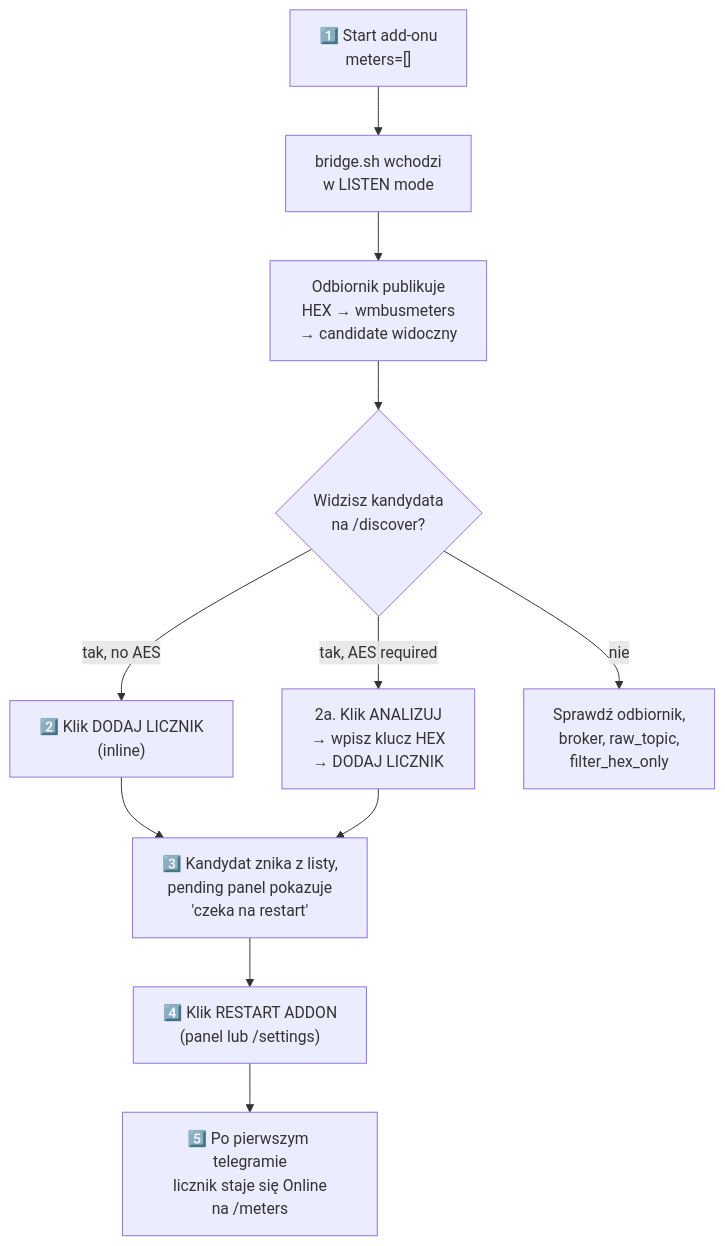
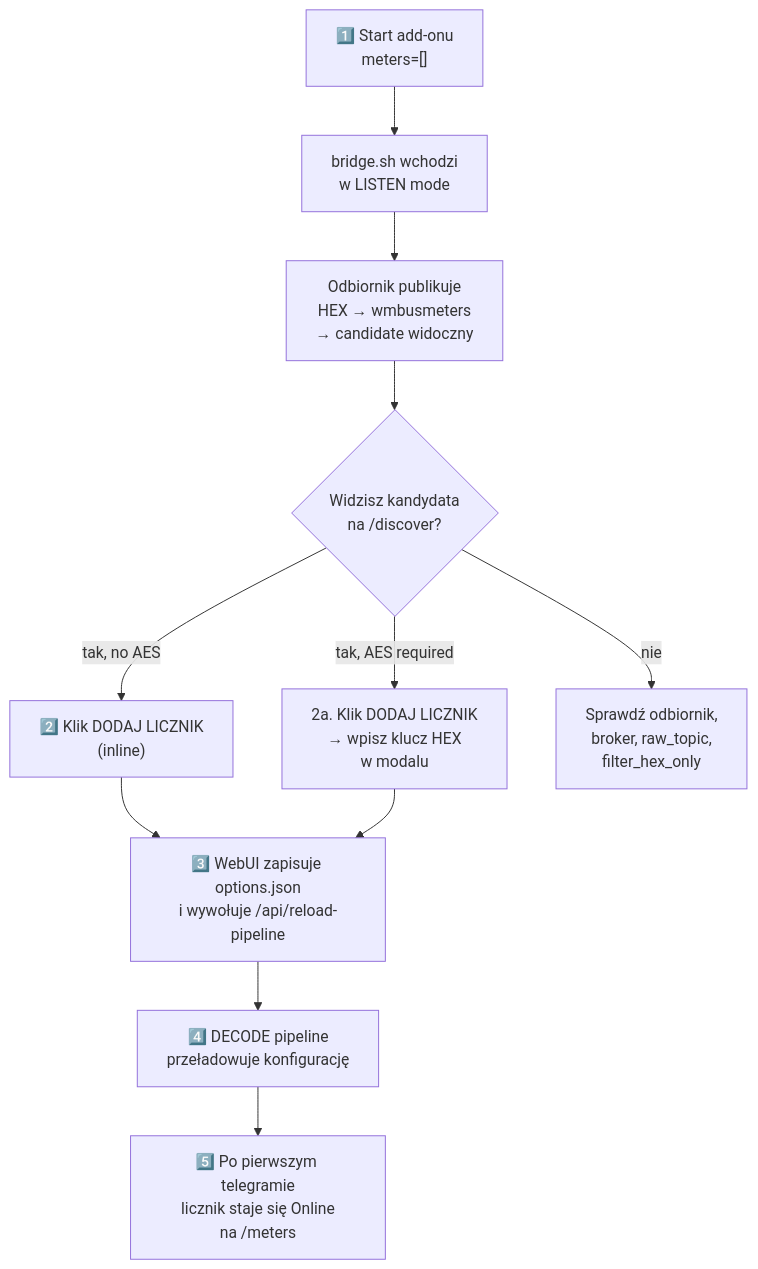
One commit to Kustonium/homeassistant-wmbus-mqtt-bridge-dev changed the fourth of 7 diagrams in docs/README.pl.md. Above: the diagram before and after it, drawn with Mermaid. The commit also changed other lines of this file and 6 other files, not shown here.

````diff
--- a/docs/README.pl.md
+++ b/docs/README.pl.md
@@ -334,13 +319,13 @@
 ```mermaid
 flowchart TD
   A["1️⃣ Start add-onu<br/>meters=[]"] --> B["bridge.sh wchodzi<br/>w LISTEN mode"]
   B --> C["Odbiornik publikuje<br/>HEX → wmbusmeters<br/>→ candidate widoczny"]
   C --> D{"Widzisz kandydata<br/>na /discover?"}
   D -- "tak, no AES" --> E["2️⃣ Klik DODAJ LICZNIK<br/>(inline)"]
-  D -- "tak, AES required" --> F["2a. Klik ANALIZUJ<br/>→ wpisz klucz HEX<br/>→ DODAJ LICZNIK"]
+  D -- "tak, AES required" --> F["2a. Klik DODAJ LICZNIK<br/>→ wpisz klucz HEX<br/>w modalu"]
   D -- "nie" --> G["Sprawdź odbiornik,<br/>broker, raw_topic,<br/>filter_hex_only"]
-  E --> H["3️⃣ Kandydat znika z listy,<br/>pending panel pokazuje<br/>'czeka na restart'"]
+  E --> H["3️⃣ WebUI zapisuje options.json<br/>i wywołuje /api/reload-pipeline"]
   F --> H
-  H --> I["4️⃣ Klik RESTART ADDON<br/>(panel lub /settings)"]
+  H --> I["4️⃣ DECODE pipeline<br/>przeładowuje konfigurację"]
   I --> J["5️⃣ Po pierwszym telegramie<br/>licznik staje się Online<br/>na /meters"]
 ```
````
